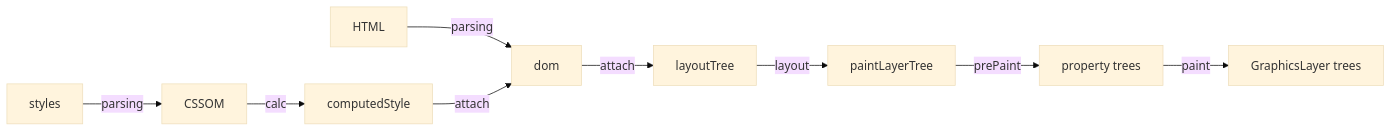
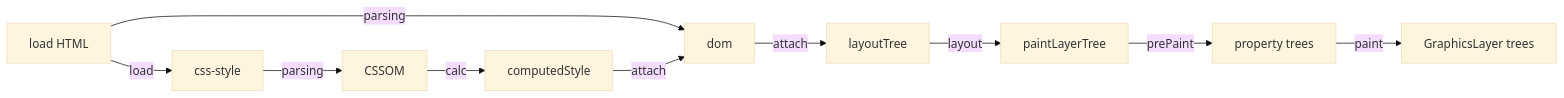
Before and after one commit to liujia6/liujia6.github.io: the second of 3 diagrams in docs/浏览器/浏览器讲解.md, drawn with Mermaid (base theme). The commit also changed 4 other files, not shown here.

````diff
--- a/docs/浏览器/浏览器讲解.md
+++ b/docs/浏览器/浏览器讲解.md
@@ -440,12 +440,13 @@
 ```mermaid
   graph LR
-    1[HTML] -->|parsing| 2[dom]
-    3[styles] -->|parsing| 4[CSSOM]
+    1[load HTML] -->|parsing| 2[dom]
+    1[load HTML] -->|load| 3[css-style]
+    3[css-style] -->|parsing| 4[CSSOM]
     4[CSSOM] -->|calc| 11[computedStyel]
     11[computedStyle] -->|attach| 2
    	2 -->|attach| 5[layoutTree]
     5 --> |layout| 6[paintLayerTree]
    	6 --> |prePaint| 7[property trees]
    	7 --> |paint| 8[GraphicsLayer trees]
    	
 ```
````
